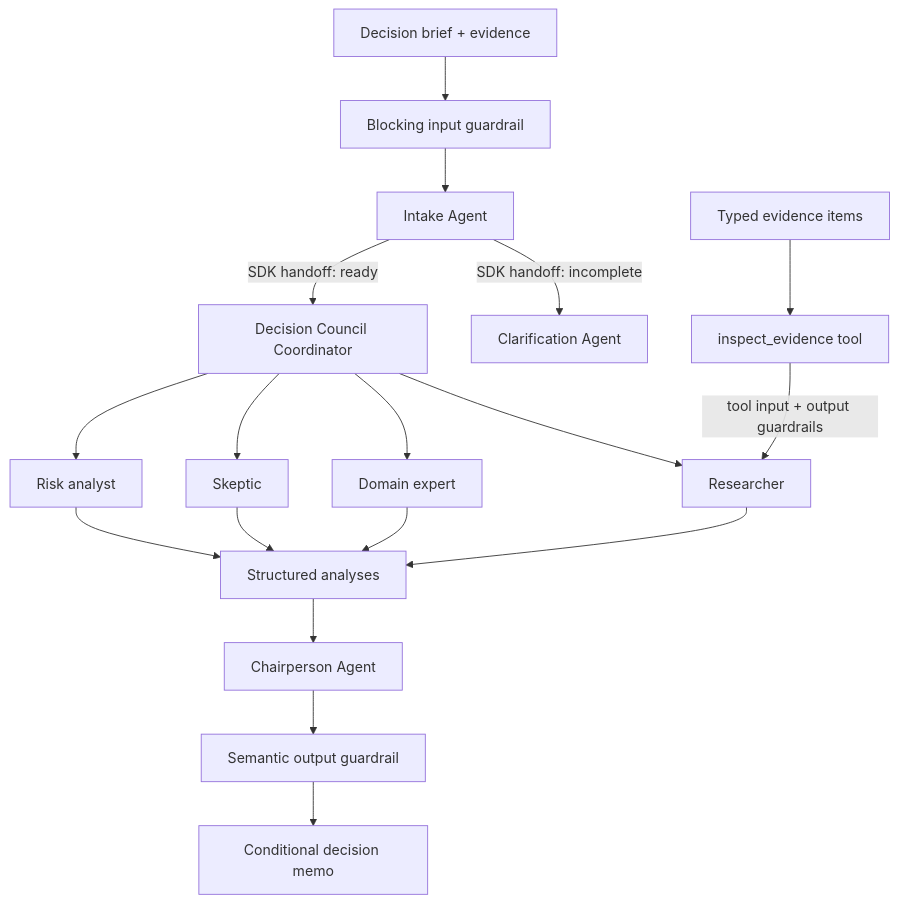
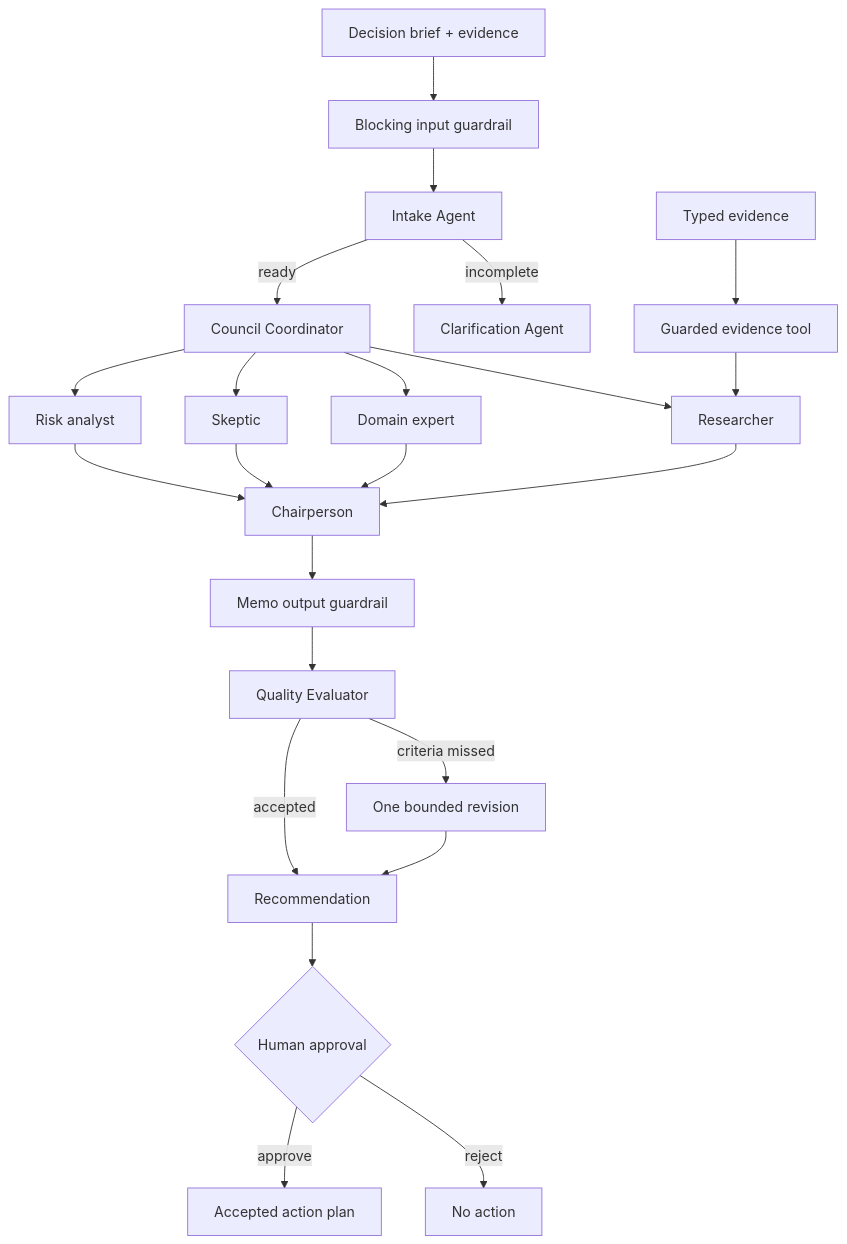
Before and after one commit to vialyx/decision-room: the diagram in README.md, drawn with Mermaid. The commit also changed other lines of this file and 19 other files, not shown here.

````diff
--- a/README.md
+++ b/README.md
@@ -17,24 +15,25 @@
 ```mermaid
 flowchart TD
-    Brief[Decision brief + evidence] --> InputGuardrail[Blocking input guardrail]
-    InputGuardrail --> Intake[Intake Agent]
-    Intake -->|SDK handoff: incomplete| Clarification[Clarification Agent]
-    Intake -->|SDK handoff: ready| Coordinator[Decision Council Coordinator]
-
+    Brief[Decision brief + evidence] --> Guard[Blocking input guardrail]
+    Guard --> Intake[Intake Agent]
+    Intake -->|incomplete| Clarify[Clarification Agent]
+    Intake -->|ready| Coordinator[Council Coordinator]
     Coordinator --> R[Researcher]
     Coordinator --> D[Domain expert]
     Coordinator --> S[Skeptic]
     Coordinator --> A[Risk analyst]
-
-    Evidence[Typed evidence items] --> Tool[inspect_evidence tool]
-    Tool -->|tool input + output guardrails| R
-
-    R --> Council[Structured analyses]
-    D --> Council
-    S --> Council
-    A --> Council
-
-    Council --> Chair[Chairperson Agent]
-    Chair --> OutputGuardrail[Semantic output guardrail]
-    OutputGuardrail --> Memo[Conditional decision memo]
+    Evidence[Typed evidence] --> Tool[Guarded evidence tool]
+    Tool --> R
+    R --> Chair[Chairperson]
+    D --> Chair
+    S --> Chair
+    A --> Chair
+    Chair --> MemoGuard[Memo output guardrail]
+    MemoGuard --> Eval[Quality Evaluator]
+    Eval -->|criteria missed| Revision[One bounded revision]
+    Eval -->|accepted| Recommendation[Recommendation]
+    Revision --> Recommendation
+    Recommendation --> Approval{Human approval}
+    Approval -->|reject| Stop[No action]
+    Approval -->|approve| Plan[Accepted action plan]
 ```
````
